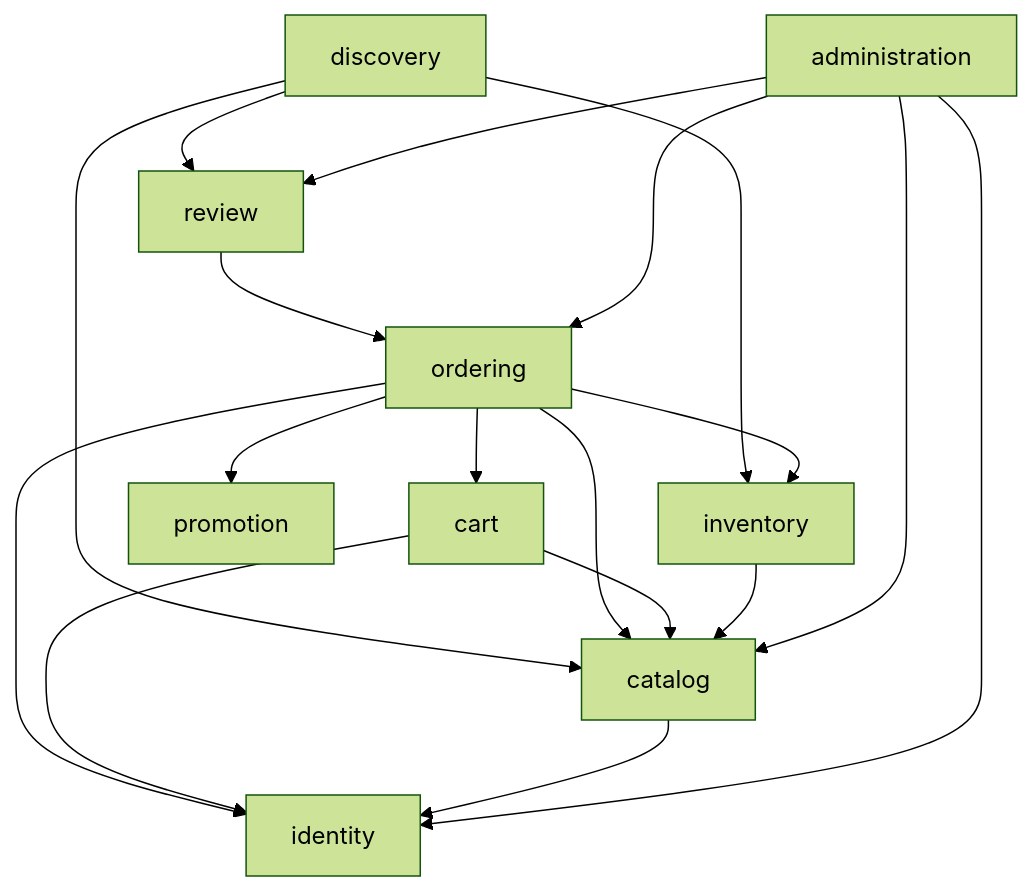
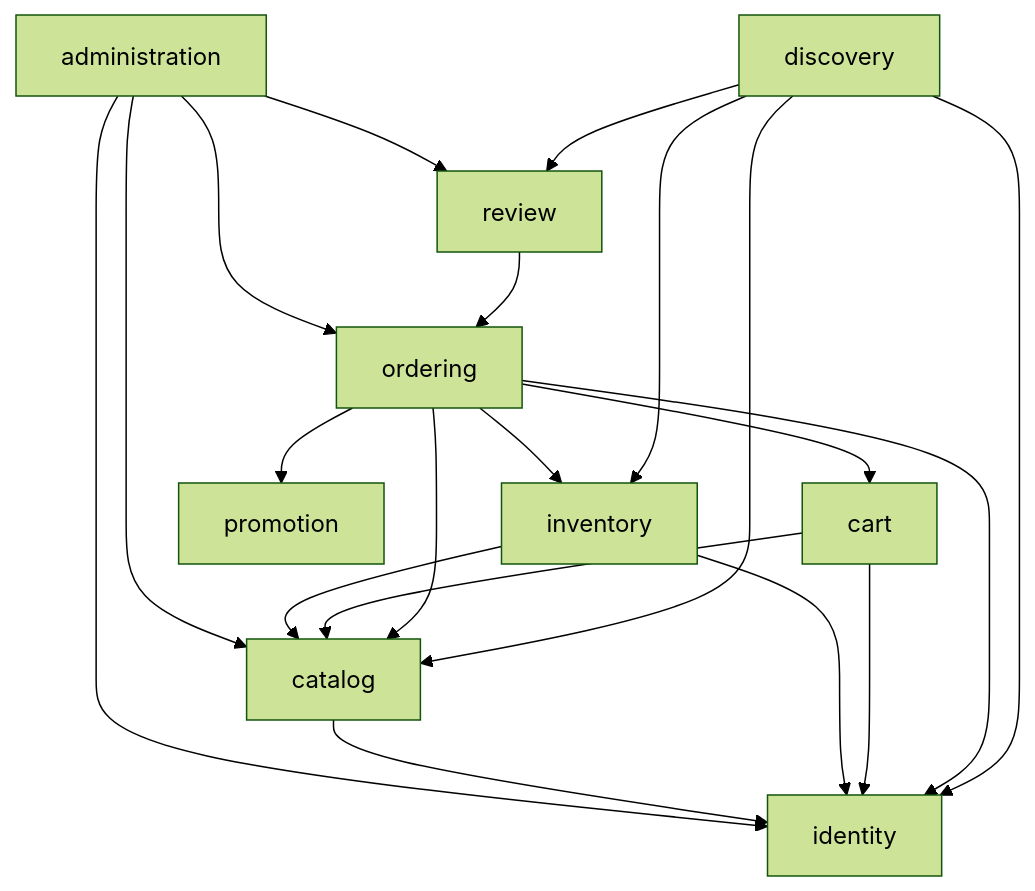
One commit to phuchoang-ecommerce-org/docs-minimal changed the diagram in SolutionArchitecture/backend/3-technical-decision/3.1-modular-monolith.md. Above: the diagram before and after it, drawn with Mermaid (forest theme). The commit also changed other lines of this file and 2 other files, not shown here.

````diff
--- a/SolutionArchitecture/backend/3-technical-decision/3.1-modular-monolith.md
+++ b/SolutionArchitecture/backend/3-technical-decision/3.1-modular-monolith.md
@@ -24,20 +24,22 @@
 ```mermaid
 flowchart TD
   discovery --> catalog
   discovery --> inventory
   discovery --> review
+  discovery --> identity
   review --> ordering
   ordering --> catalog
   ordering --> inventory
   ordering --> identity
   ordering --> cart
   ordering --> promotion
   cart --> catalog
   cart --> identity
   inventory --> catalog
+  inventory --> identity
   catalog --> identity
   administration --> ordering
   administration --> review
   administration --> identity
   administration --> catalog
 ```
````
